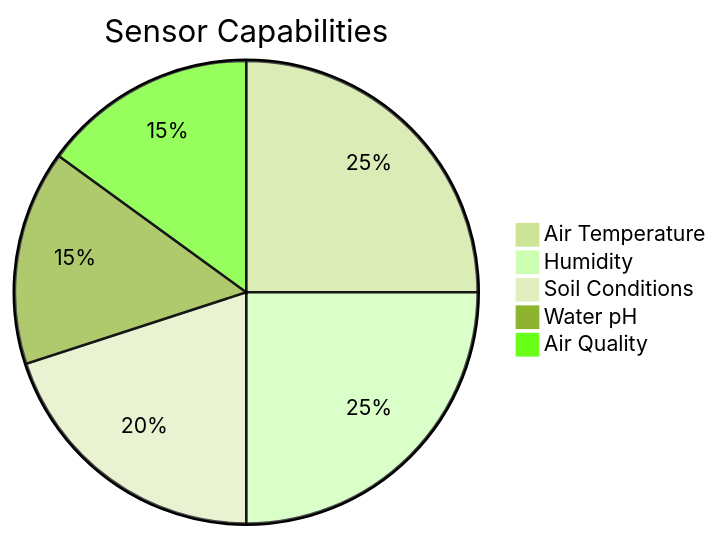
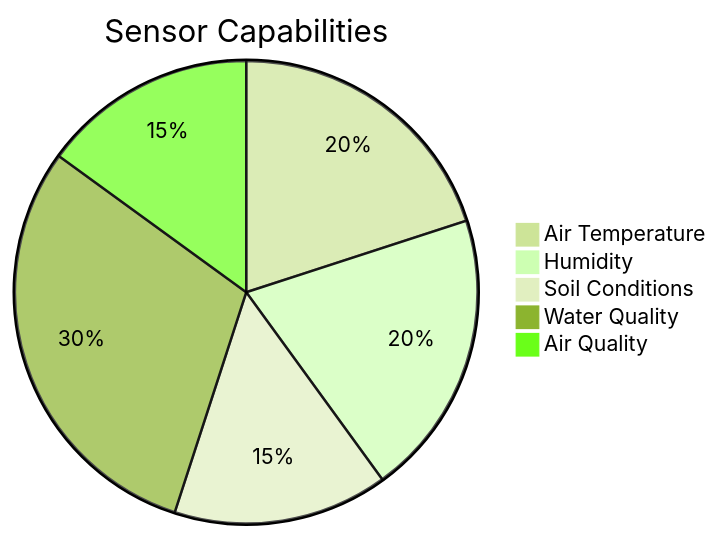
The first of 4 diagrams in README.md (codeSnapped-LLC/environmental-monitor), drawn with Mermaid (forest theme) before and after one commit. The commit also changed other lines of this file and 3 other files, not shown here.

Commit message:
feat: add water quality monitoring capabilities

````diff
--- a/README.md
+++ b/README.md
@@ -22,9 +22,9 @@
 ```mermaid
 pie
     title Sensor Capabilities
-    "Air Temperature" : 25
-    "Humidity" : 25
-    "Soil Conditions" : 20
-    "Water pH" : 15
+    "Air Temperature" : 20
+    "Humidity" : 20
+    "Soil Conditions" : 15
+    "Water Quality" : 30
     "Air Quality" : 15
 ```
````
